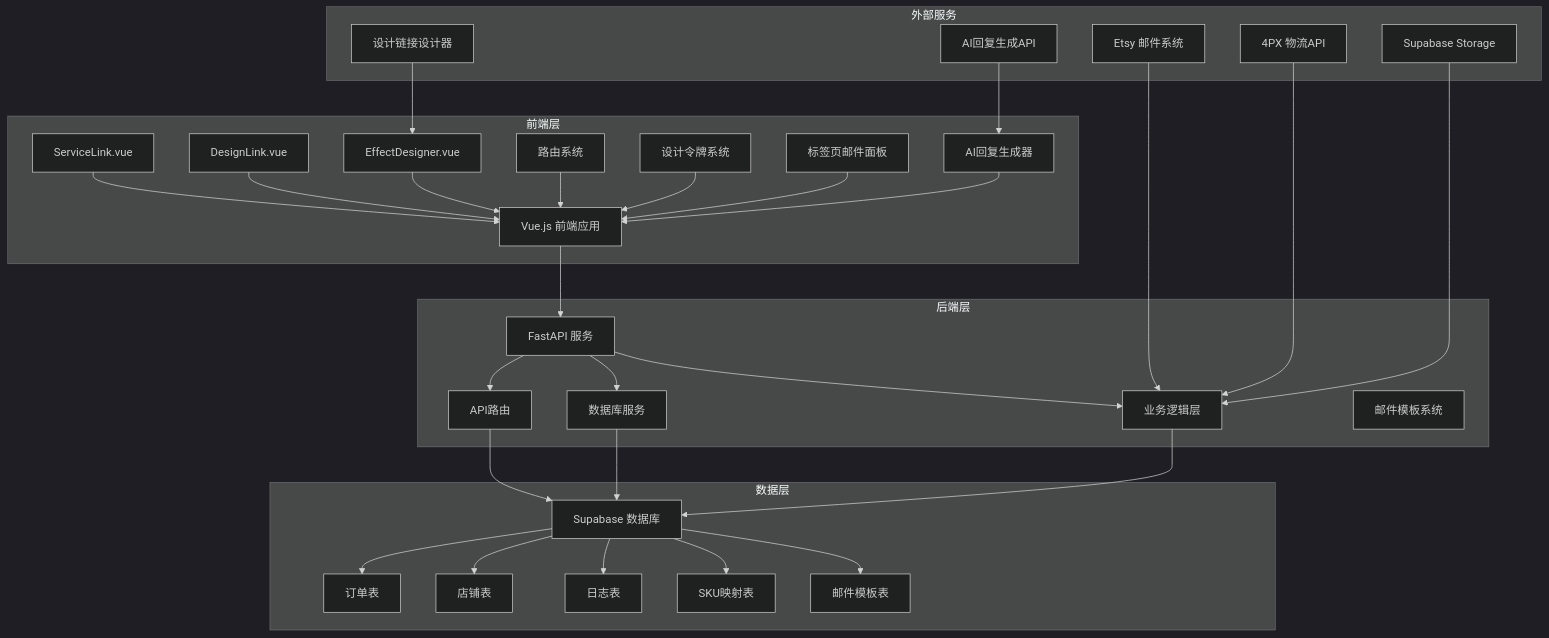
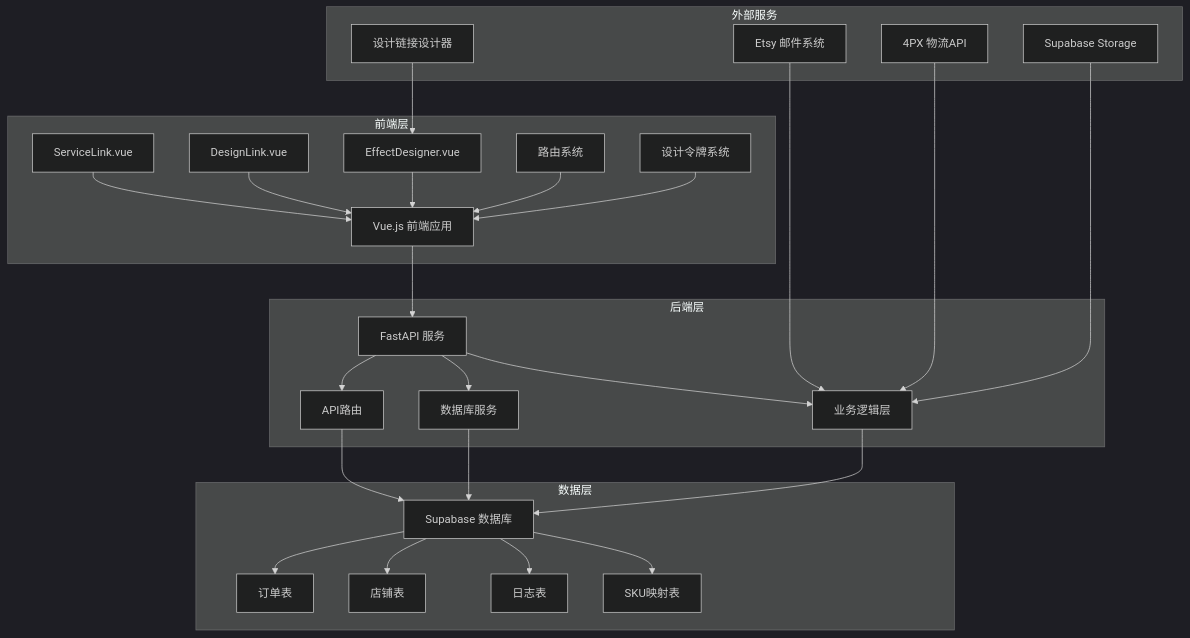
One commit to SY6621/POD-Order-Management changed the first of 12 diagrams in .qoder/repowiki/zh/content/开发指南/客服外链双链接系统.md. Above: the diagram before and after it, drawn with Mermaid (dark theme). The commit also changed other lines of this file and 7 other files, not shown here.

````diff
--- a/.qoder/repowiki/zh/content/开发指南/客服外链双链接系统.md
+++ b/.qoder/repowiki/zh/content/开发指南/客服外链双链接系统.md
@@ -72,59 +70,50 @@
 ```mermaid
 graph TB
 subgraph "前端层"
 FE1[Vue.js 前端应用]
 FE2[ServiceLink.vue]
 FE3[DesignLink.vue]
 FE4[EffectDesigner.vue]
 FE5[路由系统]
 FE6[设计令牌系统]
-FE7[标签页邮件面板]
-FE8[AI回复生成器]
 end
 subgraph "后端层"
 BE1[FastAPI 服务]
 BE2[API路由]
 BE3[数据库服务]
 BE4[业务逻辑层]
-BE5[邮件模板系统]
 end
 subgraph "数据层"
 DB1[Supabase 数据库]
 DB2[订单表]
 DB3[店铺表]
 DB4[日志表]
 DB5[SKU映射表]
-DB6[邮件模板表]
 end
 subgraph "外部服务"
 ES1[Etsy 邮件系统]
 ES2[4PX 物流API]
 ES3[Supabase Storage]
 ES4[设计链接设计器]
-ES5[AI回复生成API]
 end
 FE1 --> BE1
 FE2 --> FE1
 FE3 --> FE1
 FE4 --> FE1
 FE5 --> FE1
 FE6 --> FE1
-FE7 --> FE1
-FE8 --> FE1
 BE1 --> BE2
 BE1 --> BE3
 BE1 --> BE4
 BE2 --> DB1
 BE3 --> DB1
 BE4 --> DB1
 DB1 --> DB2
 DB1 --> DB3
 DB1 --> DB4
 DB1 --> DB5
-DB1 --> DB6
 ES1 --> BE4
 ES2 --> BE4
 ES3 --> BE4
 ES4 --> FE4
-ES5 --> FE8
 ```
````
